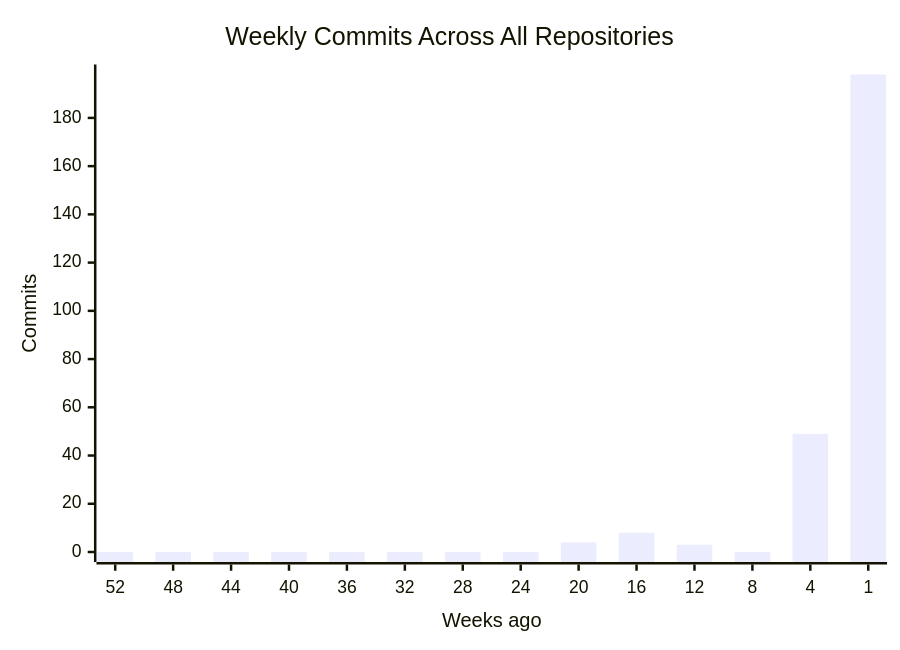
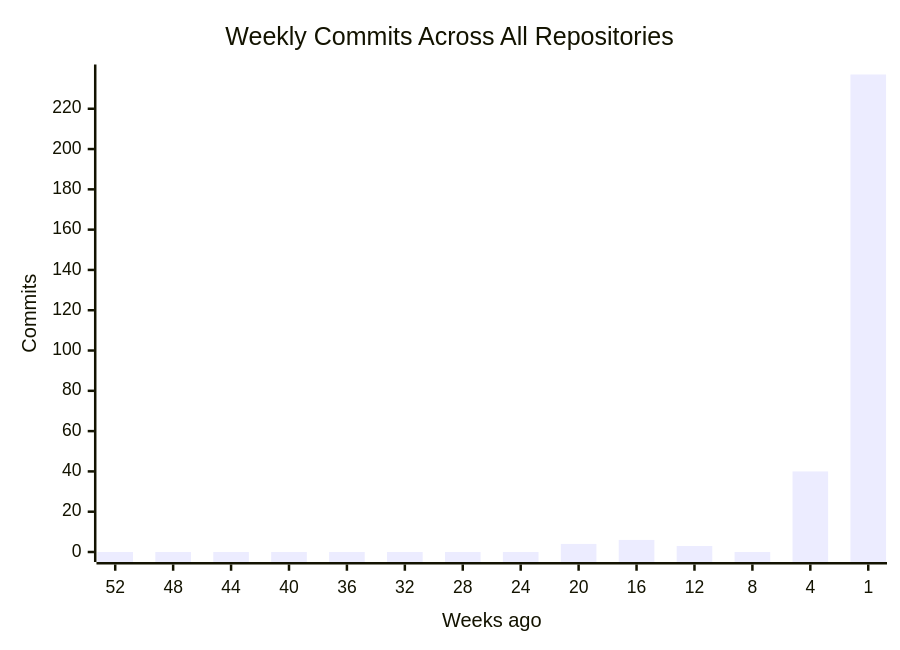
Before and after one commit to CSTH-Projects/.github: the first of 4 diagrams in profile/README.md, drawn with Mermaid. The commit also changed other lines of this file, not shown here.

````diff
--- a/profile/README.md
+++ b/profile/README.md
@@ -16,7 +16,7 @@
 ```mermaid
 xychart-beta
     title "Weekly Commits Across All Repositories"
     x-axis "Weeks ago" [52, 48, 44, 40, 36, 32, 28, 24, 20, 16, 12, 8, 4, 1]
     y-axis "Commits"
-    bar [0, 0, 0, 0, 0, 0, 0, 0, 4, 8, 3, 0, 49, 198]
+    bar [0, 0, 0, 0, 0, 0, 0, 0, 4, 6, 3, 0, 40, 237]
 ```
````
